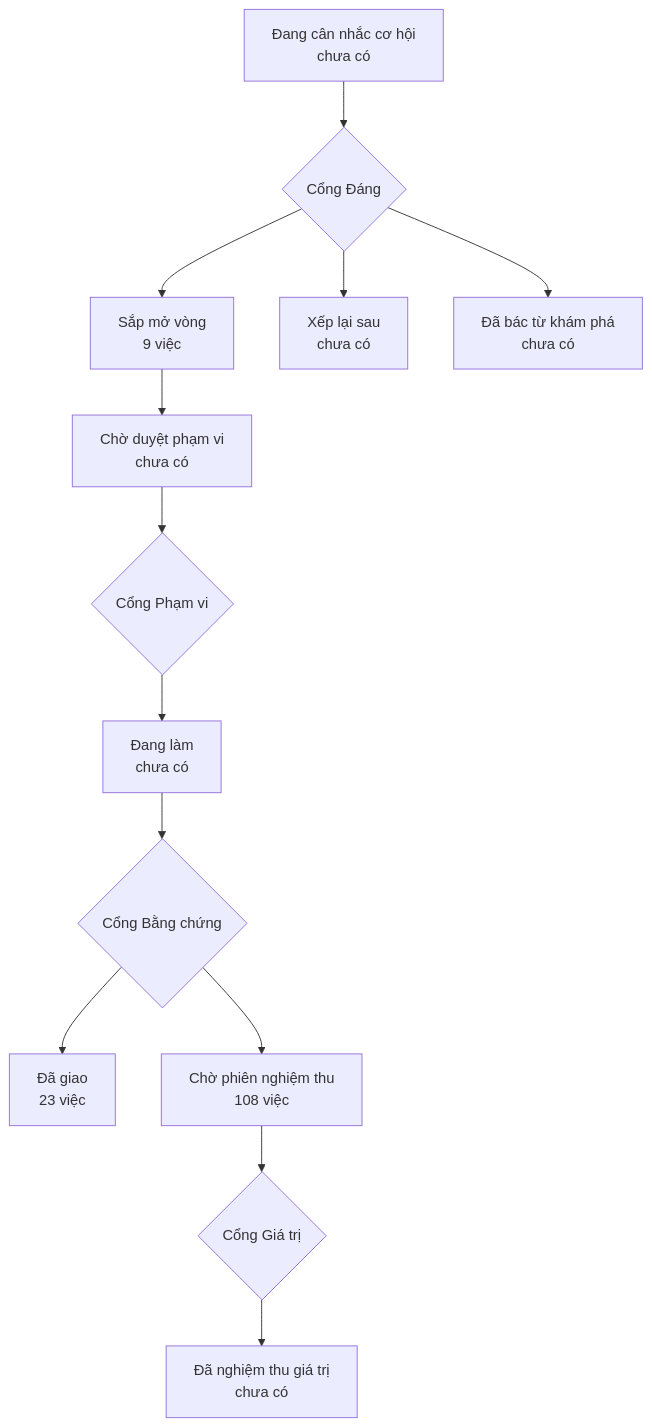
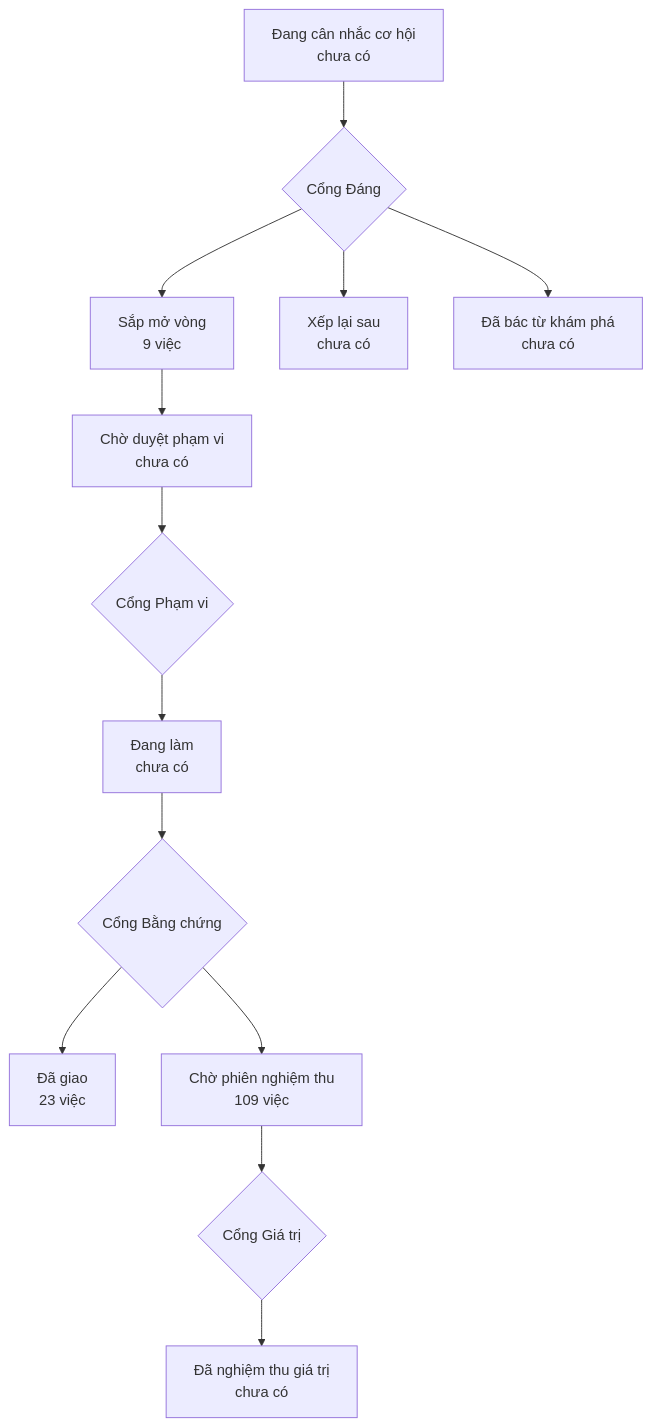
Before and after one commit to phanlemanh/onehub-quy-hang: the diagram in PRODUCT-MAP.md, drawn with Mermaid. The commit also changed other lines of this file and 1 other file, not shown here.

Commit message:
chore: vẽ lại bản đồ sản phẩm và lộ trình sau gộp main

````diff
--- a/PRODUCT-MAP.md
+++ b/PRODUCT-MAP.md
@@ -7,12 +7,12 @@
 ```mermaid
 flowchart TD
   A["Đang cân nhắc cơ hội<br/>chưa có"] --> GD{"Cổng Đáng"}
   GD --> B["Sắp mở vòng<br/>9 việc"]
   GD --> XL["Xếp lại sau<br/>chưa có"]
   GD --> DB["Đã bác từ khám phá<br/>chưa có"]
   B --> CD["Chờ duyệt phạm vi<br/>chưa có"] --> GP{"Cổng Phạm vi"}
   GP --> DL["Đang làm<br/>chưa có"] --> GB{"Cổng Bằng chứng"}
   GB --> DG["Đã giao<br/>23 việc"]
-  GB --> CN["Chờ phiên nghiệm thu<br/>108 việc"] --> GG{"Cổng Giá trị"}
+  GB --> CN["Chờ phiên nghiệm thu<br/>109 việc"] --> GG{"Cổng Giá trị"}
   GG --> NT["Đã nghiệm thu giá trị<br/>chưa có"]
 ```
````
